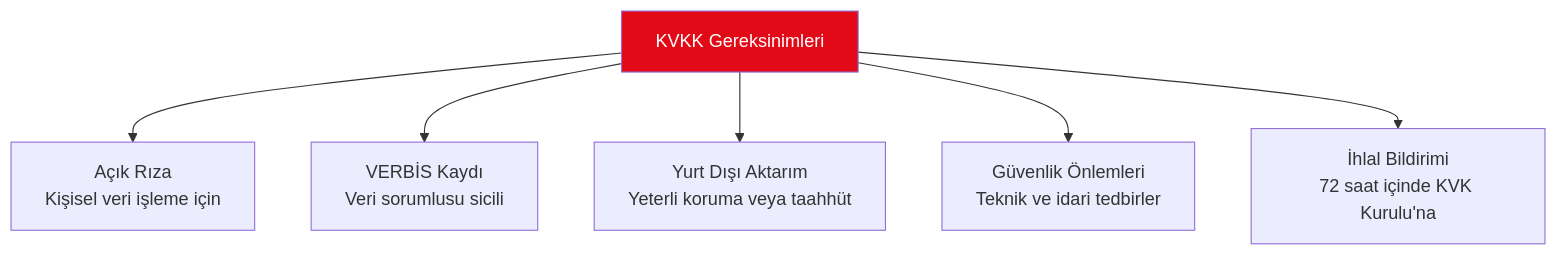
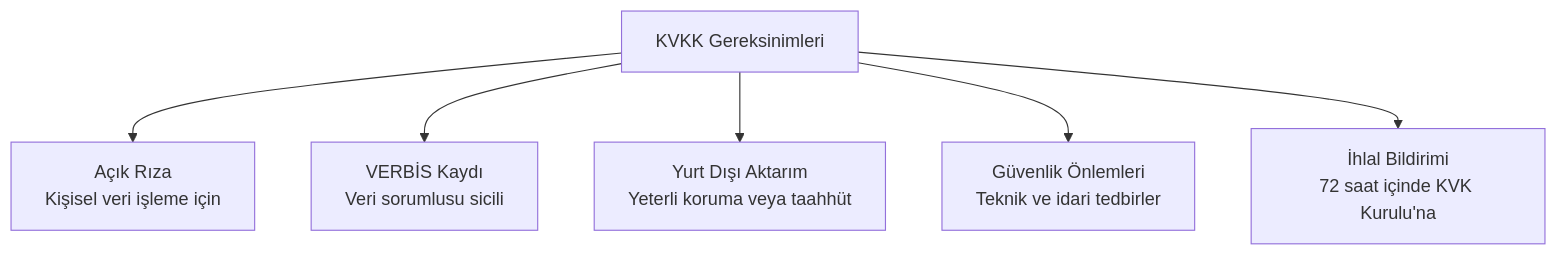
The fifth of 8 diagrams in 18-kurumsal-kullanim/09-yasal-uyumluluk.md (IzzetYasinAtes/ClaudeCodeHandbook), drawn with Mermaid before and after one commit. The commit also changed other lines of this file and 97 other files, not shown here.

Commit message:
Remove all custom Mermaid style/fill colors from 98 markdown files for consistent dark theme rendering

````diff
--- a/18-kurumsal-kullanim/09-yasal-uyumluluk.md
+++ b/18-kurumsal-kullanim/09-yasal-uyumluluk.md
@@ -160,10 +146,9 @@
 ```mermaid
 flowchart TD
     KVKK["KVKK Gereksinimleri"] --> EXPLICIT["Açık Rıza<br/>Kişisel veri işleme için"]
     KVKK --> REGISTER["VERBİS Kaydı<br/>Veri sorumlusu sicili"]
     KVKK --> CROSS_BORDER["Yurt Dışı Aktarım<br/>Yeterli koruma veya taahhüt"]
     KVKK --> SECURITY_KVKK["Güvenlik Önlemleri<br/>Teknik ve idari tedbirler"]
     KVKK --> NOTIFY["İhlal Bildirimi<br/>72 saat içinde KVK Kurulu'na"]
 
-    style KVKK fill:#E30A17,color:#fff
 ```
````
